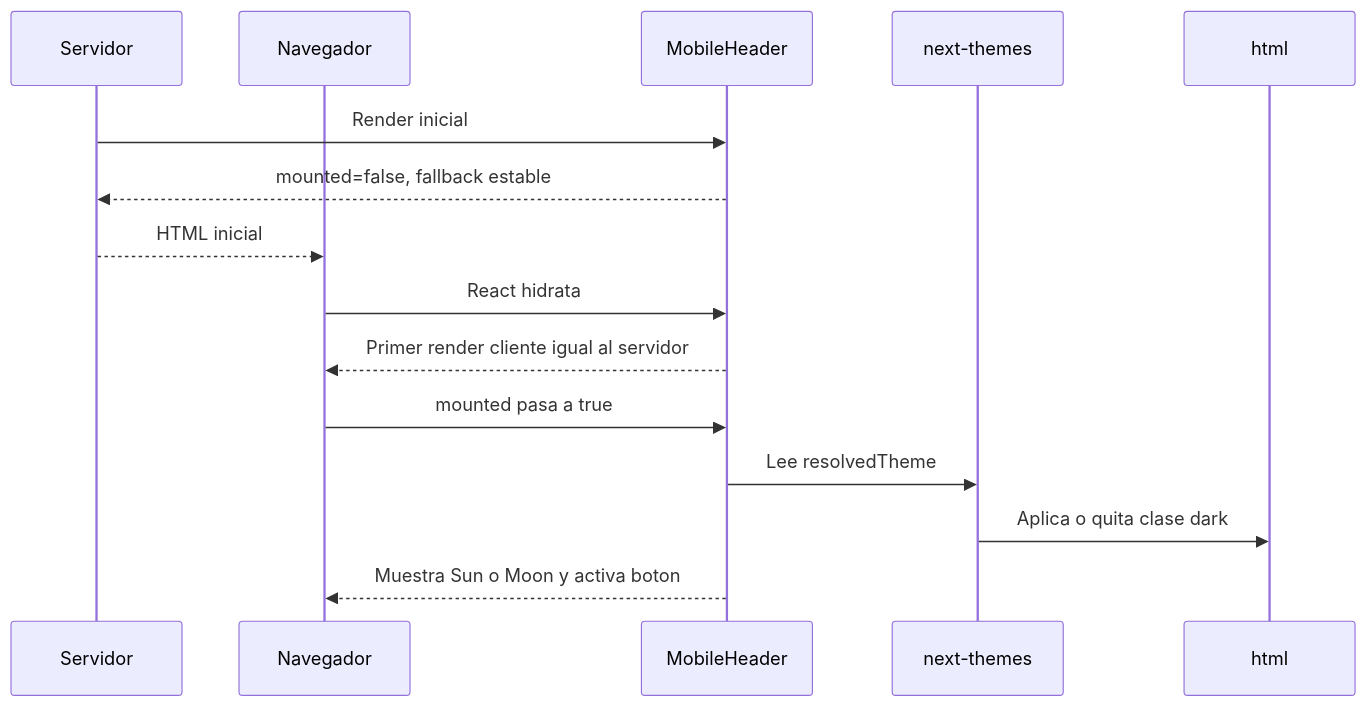
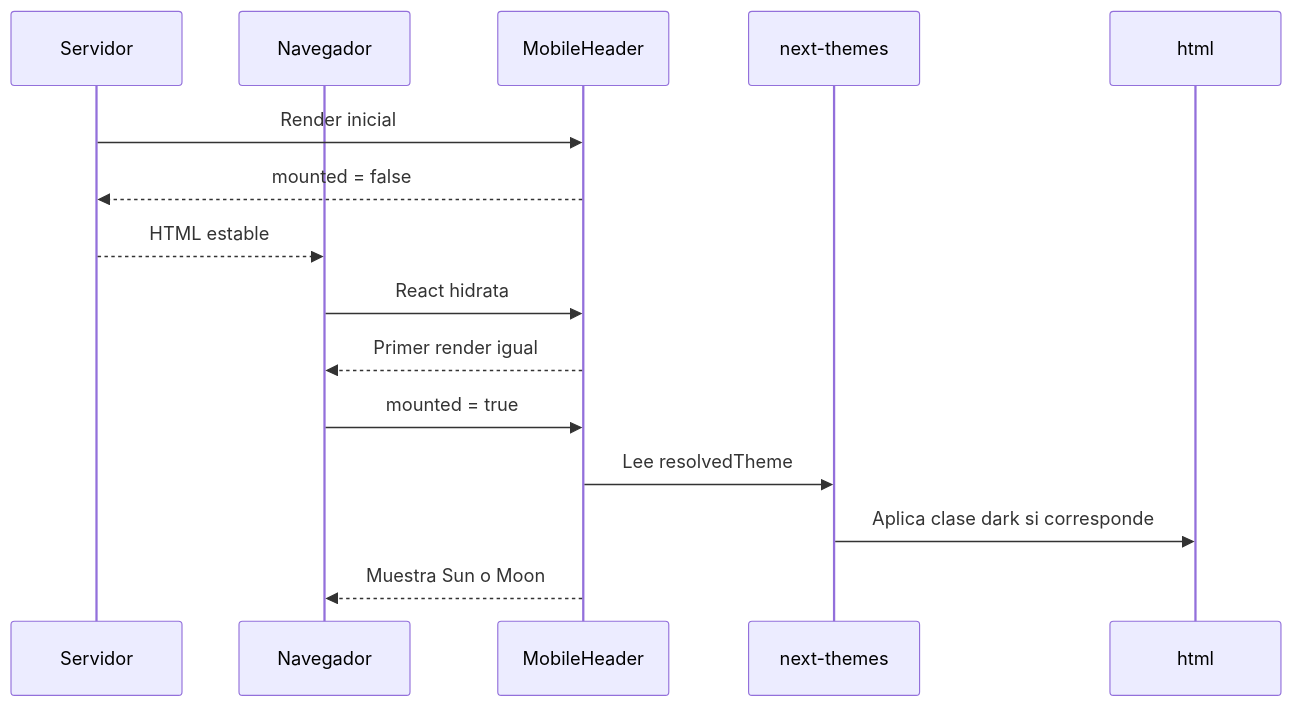
Before and after one commit to BrandonAlbertt/ecommerce-sosaimpor-frontend: the third of 4 diagrams in documentacion/GUIA_HIDRATACION_TEMA_MOBILEHEADER.md, drawn with Mermaid. The commit also changed other lines of this file and 13 other files, not shown here.

````diff
--- a/documentacion/GUIA_HIDRATACION_TEMA_MOBILEHEADER.md
+++ b/documentacion/GUIA_HIDRATACION_TEMA_MOBILEHEADER.md
@@ -75,19 +47,18 @@
 ```mermaid
 sequenceDiagram
   participant SSR as Servidor
   participant Browser as Navegador
   participant Header as MobileHeader
   participant Theme as next-themes
   participant Html as html
 
   SSR->>Header: Render inicial
-  Header-->>SSR: mounted=false, fallback estable
-  SSR-->>Browser: HTML inicial
-
+  Header-->>SSR: mounted = false
+  SSR-->>Browser: HTML estable
   Browser->>Header: React hidrata
-  Header-->>Browser: Primer render cliente igual al servidor
-  Browser->>Header: mounted pasa a true
+  Header-->>Browser: Primer render igual
+  Browser->>Header: mounted = true
   Header->>Theme: Lee resolvedTheme
-  Theme->>Html: Aplica o quita clase dark
-  Header-->>Browser: Muestra Sun o Moon y activa boton
+  Theme->>Html: Aplica clase dark si corresponde
+  Header-->>Browser: Muestra Sun o Moon
 ```
````
